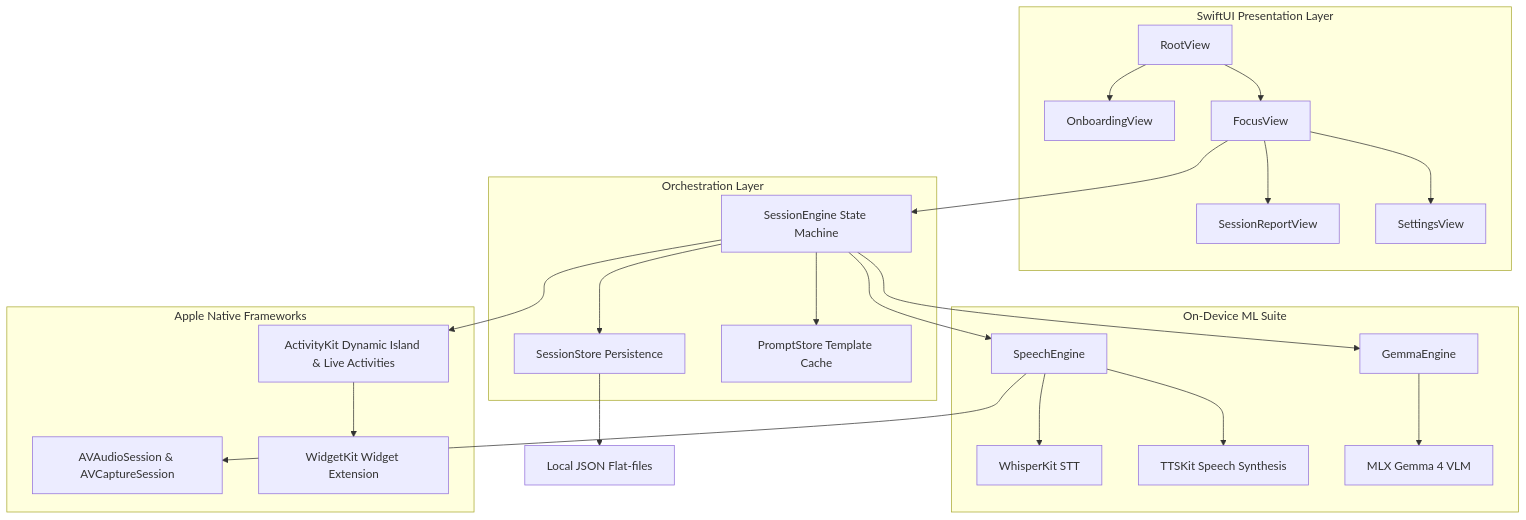
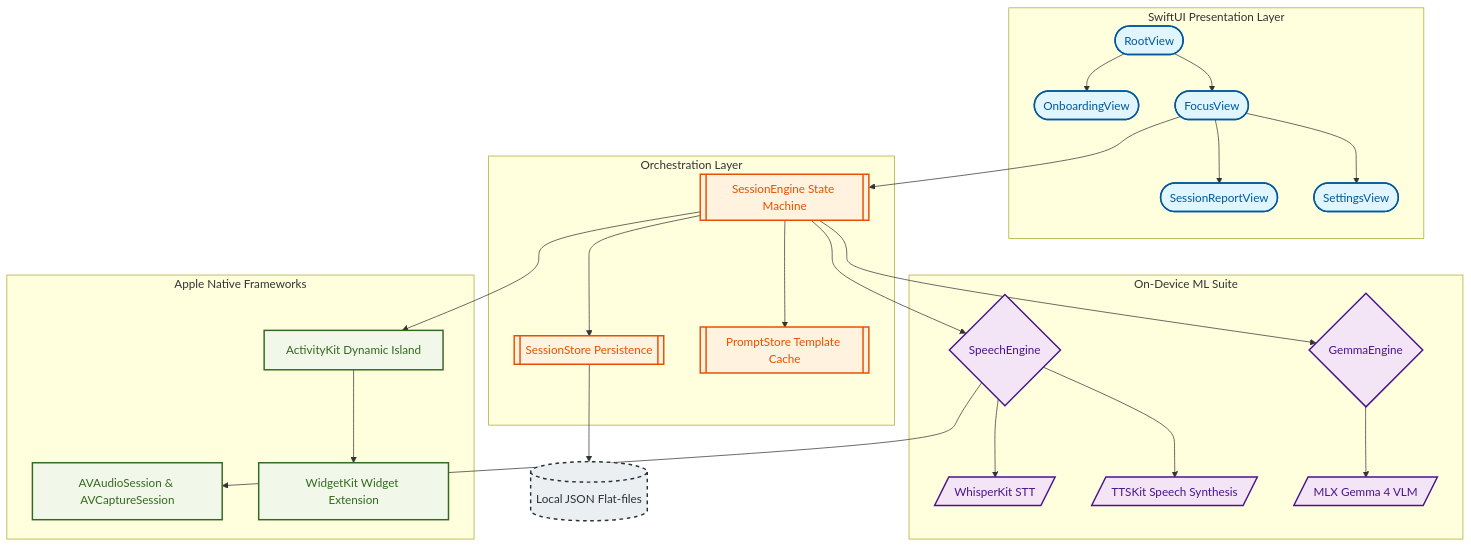
One commit to egiahq/dexar-ios changed the first of 2 diagrams in README.md. Above: the diagram before and after it, drawn with Mermaid. The commit also changed other lines of this file, not shown here.

````diff
--- a/README.md
+++ b/README.md
@@ -34,53 +34,65 @@
 ```mermaid
-graph TD
+flowchart TD
+    %% Styling
+    classDef ui fill:#e1f5fe,stroke:#01579b,stroke-width:2px,color:#01579b
+    classDef core fill:#fff3e0,stroke:#e65100,stroke-width:2px,color:#e65100
+    classDef inference fill:#f3e5f5,stroke:#4a148c,stroke-width:2px,color:#4a148c
+    classDef os fill:#f1f8e9,stroke:#33691e,stroke-width:2px,color:#33691e
+    classDef storage fill:#eceff1,stroke:#263238,stroke-width:2px,color:#263238,stroke-dasharray: 5 5
+
     %% Main Application Layer %%
     subgraph UI [SwiftUI Presentation Layer]
-        RootView[RootView] --> OnboardingView[OnboardingView]
-        RootView --> FocusView[FocusView]
-        FocusView --> SessionReportView[SessionReportView]
-        FocusView --> SettingsView[SettingsView]
+        RootView([RootView]):::ui
+        OnboardingView([OnboardingView]):::ui
+        FocusView([FocusView]):::ui
+        SessionReportView([SessionReportView]):::ui
+        SettingsView([SettingsView]):::ui
     end
 
     %% State Orchestration %%
     subgraph Core [Orchestration Layer]
-        SessionEngine[SessionEngine State Machine]
-        SessionStore[SessionStore Persistence]
-        PromptStore[PromptStore Template Cache]
+        SessionEngine[[SessionEngine State Machine]]:::core
+        SessionStore[[SessionStore Persistence]]:::core
+        PromptStore[[PromptStore Template Cache]]:::core
     end
 
     %% Intelligence Layer %%
     subgraph Inference [On-Device ML Suite]
-        SpeechEngine[SpeechEngine]
-        GemmaEngine[GemmaEngine]
+        SpeechEngine{SpeechEngine}:::inference
+        GemmaEngine{GemmaEngine}:::inference
         
-        %% Model engines
-        WhisperKit[WhisperKit STT]
-        TTSKit[TTSKit Speech Synthesis]
-        MLXGemma[MLX Gemma 4 VLM]
+        WhisperKit[/WhisperKit STT/]:::inference
+        TTSKit[/TTSKit Speech Synthesis/]:::inference
+        MLXGemma[/MLX Gemma 4 VLM/]:::inference
     end
 
     %% OS and Hardware integrations %%
     subgraph Apple_OS [Apple Native Frameworks]
-        AVFoundation[AVAudioSession & AVCaptureSession]
-        ActivityKit[ActivityKit Dynamic Island & Live Activities]
-        WidgetKit[WidgetKit Widget Extension]
+        AVFoundation[AVAudioSession & AVCaptureSession]:::os
+        ActivityKit[ActivityKit Dynamic Island]:::os
+        WidgetKit[WidgetKit Widget Extension]:::os
     end
 
     %% Core relationships %%
+    RootView --> OnboardingView
+    RootView --> FocusView
+    FocusView --> SessionReportView
+    FocusView --> SettingsView
     FocusView --> SessionEngine
+    
     SessionEngine --> SessionStore
     SessionEngine --> PromptStore
     SessionEngine --> SpeechEngine
     SessionEngine --> GemmaEngine
     
     %% Engine to SDK relationships %%
     SpeechEngine --> WhisperKit
     SpeechEngine --> TTSKit
     SpeechEngine --> AVFoundation
     GemmaEngine --> MLXGemma
     
     %% Storage & Widgets %%
-    SessionStore --> FileSystem[Local JSON Flat-files]
+    SessionStore --> FileSystem[(Local JSON Flat-files)]:::storage
     SessionEngine --> ActivityKit
     ActivityKit --> WidgetKit
 ```
````
